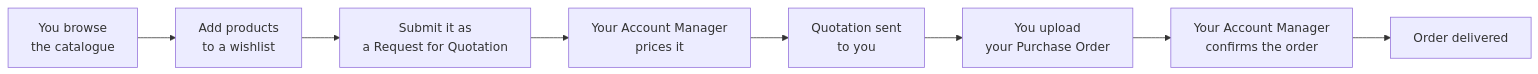
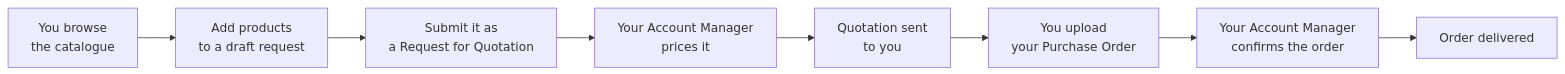
Before and after one commit to LaplaceSoftware/lp_projects_docs: the diagram in docs_client/_client_user_guide/000-README.md, drawn with Mermaid. The commit also changed other lines of this file and 48 other files, not shown here.

````diff
--- a/docs_client/_client_user_guide/000-README.md
+++ b/docs_client/_client_user_guide/000-README.md
@@ -38,10 +38,10 @@
 ```mermaid
 flowchart LR
-    A["You browse<br/>the catalogue"] --> B["Add products<br/>to a wishlist"]
+    A["You browse<br/>the catalogue"] --> B["Add products<br/>to a draft request"]
     B --> C["Submit it as<br/>a Request for Quotation"]
     C --> D["Your Account Manager<br/>prices it"]
     D --> E["Quotation sent<br/>to you"]
     E --> F["You upload<br/>your Purchase Order"]
     F --> G["Your Account Manager<br/>confirms the order"]
     G --> H["Order delivered"]
 ```
````
